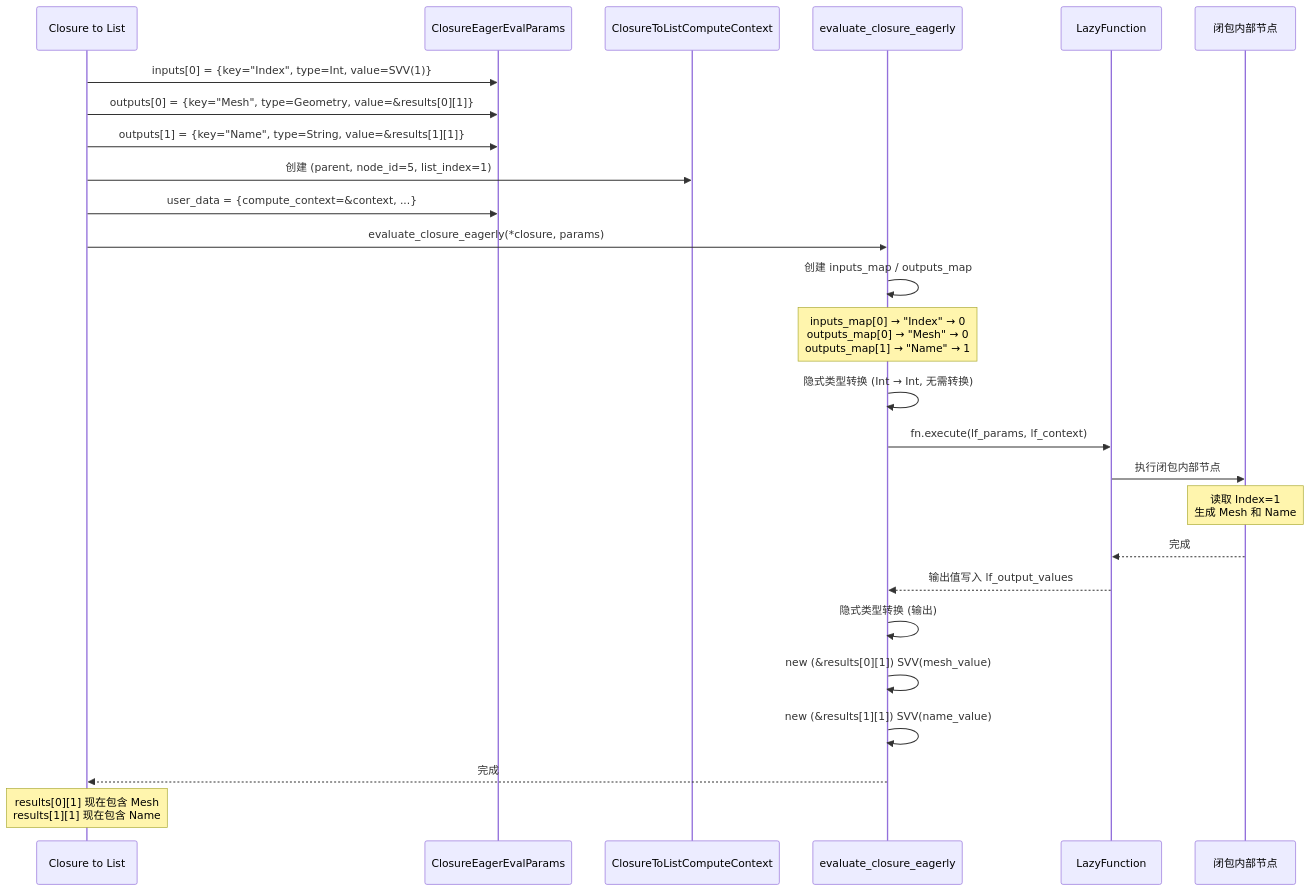
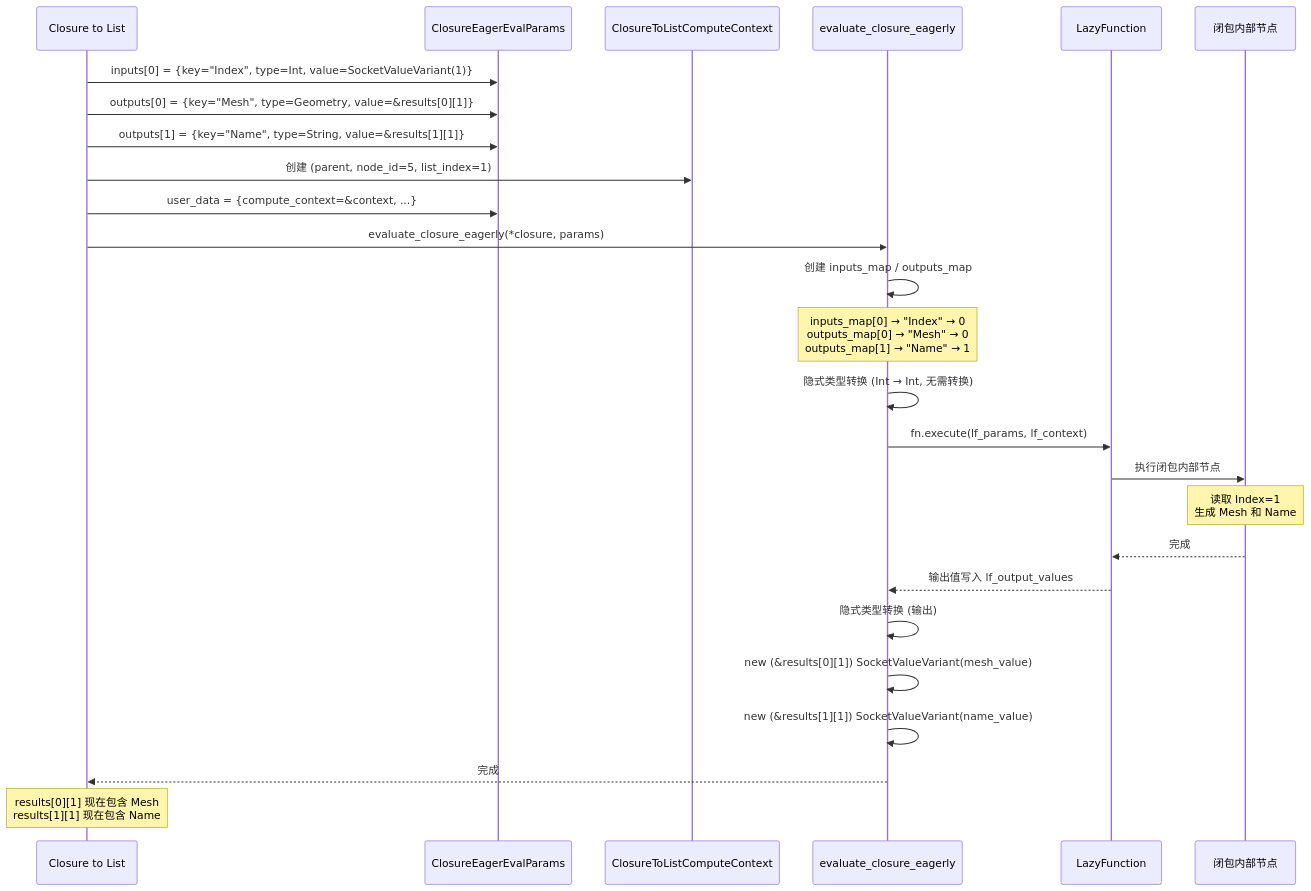
Before and after one commit to yunkezengren/blender-.vscode: diagram 32 of 34 in 杂/markdown/几何节点-列表/09-ClosureToList节点.md, drawn with Mermaid. The commit also changed other lines of this file and 8 other files, not shown here.

````diff
--- a/杂/markdown/几何节点-列表/09-ClosureToList节点.md
+++ b/杂/markdown/几何节点-列表/09-ClosureToList节点.md
@@ -2316,33 +2316,33 @@
 ```mermaid
 sequenceDiagram
     participant C2L as Closure to List
     participant Params as ClosureEagerEvalParams
     participant Context as ClosureToListComputeContext
     participant Eager as evaluate_closure_eagerly
     participant LF as LazyFunction
     participant Closure as 闭包内部节点
 
-    C2L->>Params: inputs[0] = {key="Index", type=Int, value=SVV(1)}
+    C2L->>Params: inputs[0] = {key="Index", type=Int, value=SocketValueVariant(1)}
     C2L->>Params: outputs[0] = {key="Mesh", type=Geometry, value=&results[0][1]}
     C2L->>Params: outputs[1] = {key="Name", type=String, value=&results[1][1]}
     C2L->>Context: 创建 (parent, node_id=5, list_index=1)
     C2L->>Params: user_data = {compute_context=&context, ...}
 
     C2L->>Eager: evaluate_closure_eagerly(*closure, params)
     Eager->>Eager: 创建 inputs_map / outputs_map
     Note over Eager: inputs_map[0] → "Index" → 0<br/>outputs_map[0] → "Mesh" → 0<br/>outputs_map[1] → "Name" → 1
 
     Eager->>Eager: 隐式类型转换 (Int → Int, 无需转换)
     Eager->>LF: fn.execute(lf_params, lf_context)
     LF->>Closure: 执行闭包内部节点
     Note over Closure: 读取 Index=1<br/>生成 Mesh 和 Name
     Closure-->>LF: 完成
     LF-->>Eager: 输出值写入 lf_output_values
 
     Eager->>Eager: 隐式类型转换 (输出)
-    Eager->>Eager: new (&results[0][1]) SVV(mesh_value)
-    Eager->>Eager: new (&results[1][1]) SVV(name_value)
+    Eager->>Eager: new (&results[0][1]) SocketValueVariant(mesh_value)
+    Eager->>Eager: new (&results[1][1]) SocketValueVariant(name_value)
     Eager-->>C2L: 完成
 
     Note over C2L: results[0][1] 现在包含 Mesh<br/>results[1][1] 现在包含 Name
 ```
````
